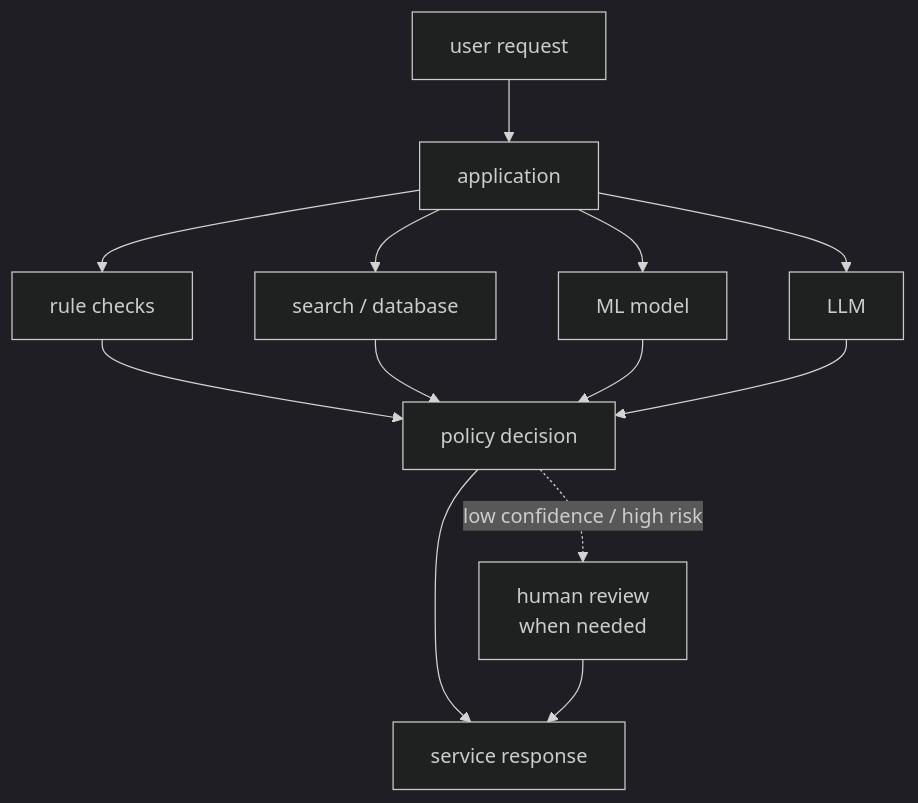
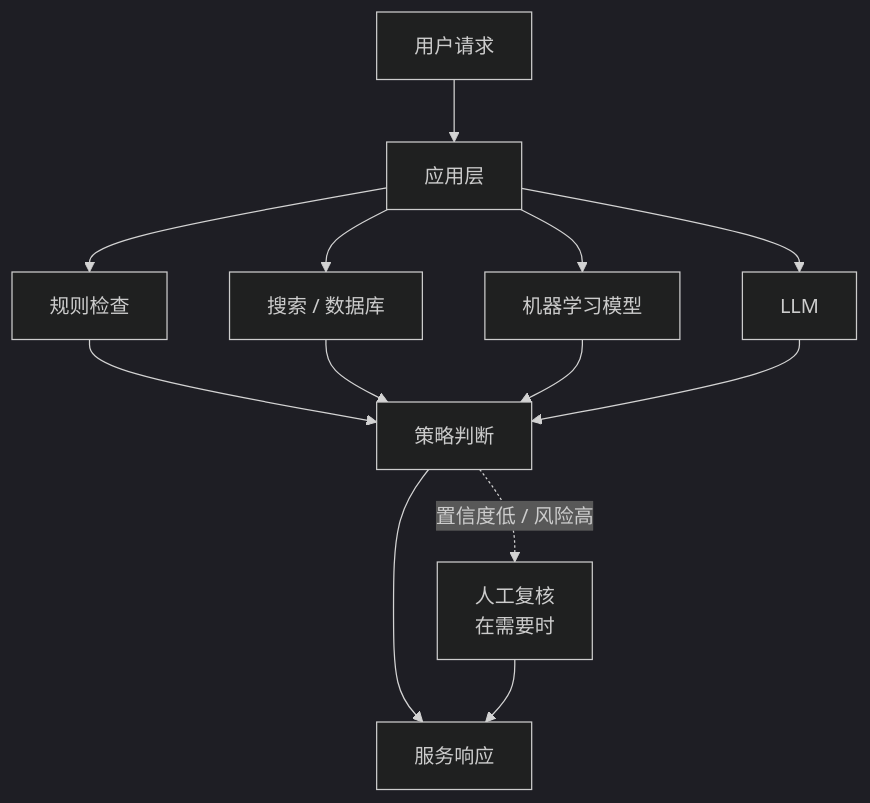
The second of 3 diagrams in docs/zh/parts/part-04/chapter-01/section-01.md (devchan64/AiBook), drawn with Mermaid (dark theme) before and after one commit. The commit also changed other lines of this file and 11 other files, not shown here.

````diff
--- a/docs/zh/parts/part-04/chapter-01/section-01.md
+++ b/docs/zh/parts/part-04/chapter-01/section-01.md
@@ -87,25 +87,25 @@
 ```mermaid
 flowchart TD
-  U["user request"]
-  A["application"]
-  R["rule checks"]
-  S["search / database"]
-  M["ML model"]
+  U["用户请求"]
+  A["应用层"]
+  R["规则检查"]
+  S["搜索 / 数据库"]
+  M["机器学习模型"]
   L["LLM"]
-  P["policy decision"]
-  H["human review<br/>when needed"]
-  O["service response"]
+  P["策略判断"]
+  H["人工复核<br/>在需要时"]
+  O["服务响应"]
 
   U --> A
   A --> R
   A --> S
   A --> M
   A --> L
   R --> P
   S --> P
   M --> P
   L --> P
   P --> O
-  P -. "low confidence / high risk" .-> H
+  P -. "置信度低 / 风险高" .-> H
   H --> O
 ```
````
